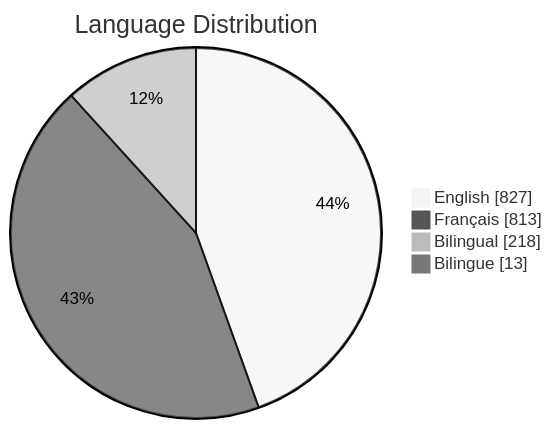
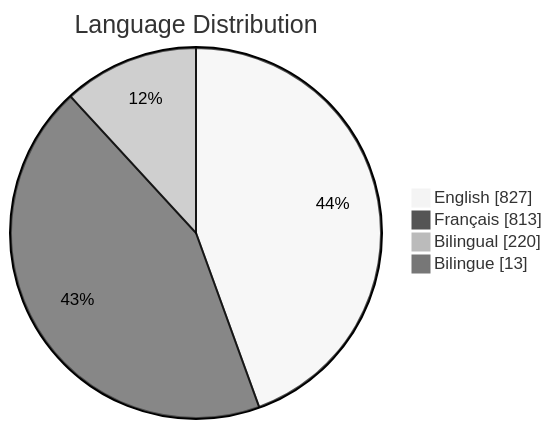
One commit to PatLittle/GC-Socials changed the third of 6 diagrams in README.md. Above: the diagram before and after it, drawn with Mermaid (neutral theme). The commit also changed other lines of this file, not shown here.

Commit message:
Update README with Platform Distribution pie chart

````diff
--- a/README.md
+++ b/README.md
@@ -65,7 +65,7 @@
 ```mermaid
 pie showData title Language Distribution
     "English": 827
     "Français": 813
-    "Bilingual": 218
+    "Bilingual": 220
     "Bilingue": 13
 ```
````
